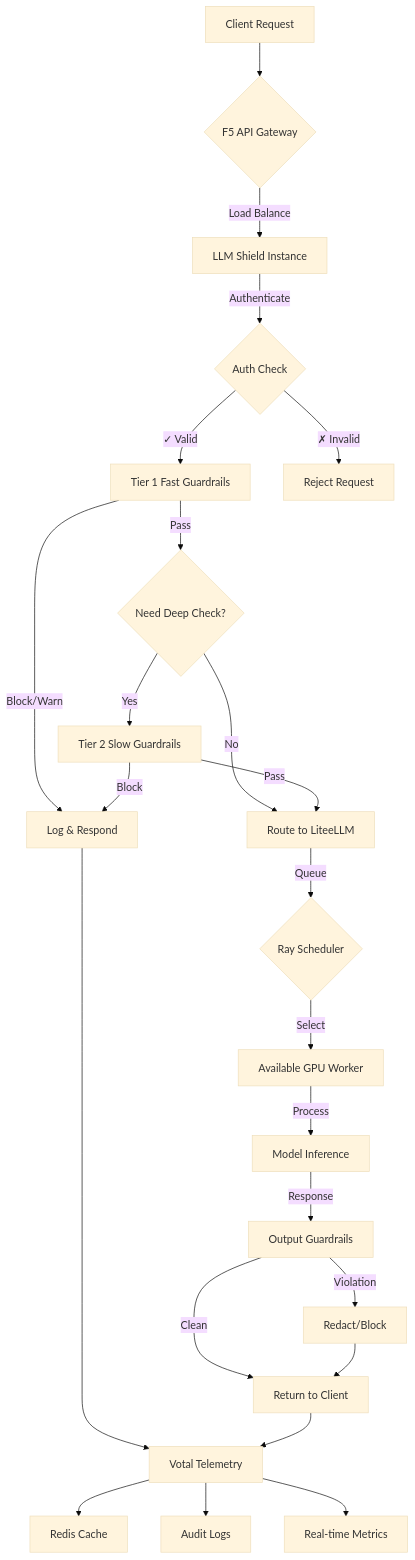
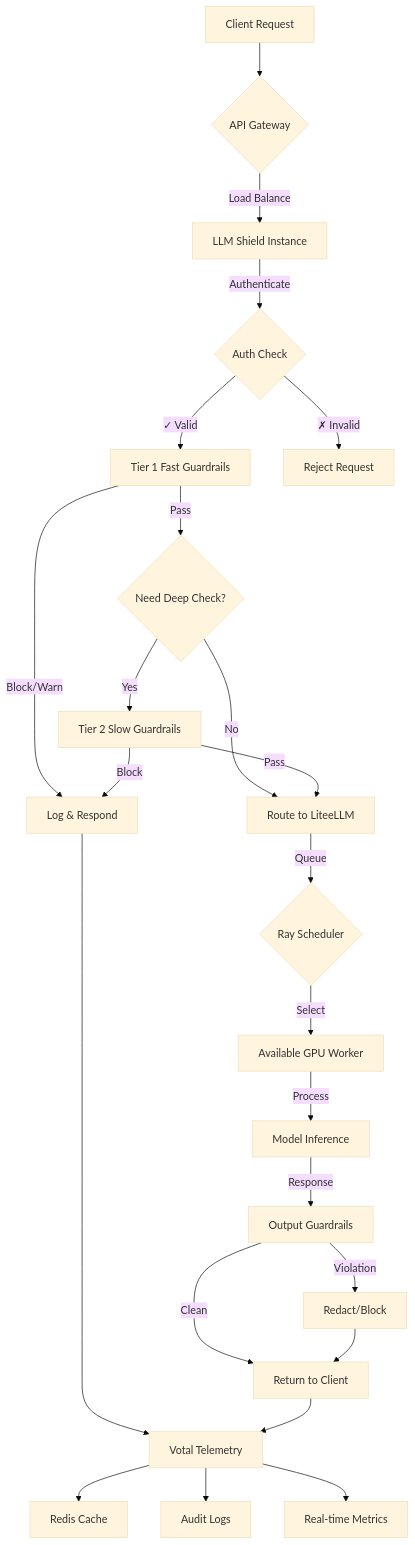
Before and after one commit to sundi133/llm-shield: the diagram in docs/on-premises-deployment-guide.md, drawn with Mermaid (base theme). The commit also changed other lines of this file, not shown here.

First line of the commit message:
Drop F5 vendor name from API gateway diagrams

````diff
--- a/docs/on-premises-deployment-guide.md
+++ b/docs/on-premises-deployment-guide.md
@@ -270,32 +270,32 @@
 ```mermaid
 graph TD
-    A[Client Request] --> B{F5 API Gateway}
+    A[Client Request] --> B{API Gateway}
     B -->|Load Balance| C[LLM Shield Instance]
     C -->|Authenticate| D{Auth Check}
     D -->|✓ Valid| E[Tier 1 Fast Guardrails]
     D -->|✗ Invalid| Z[Reject Request]
     
     E -->|Pass| F{Need Deep Check?}
     E -->|Block/Warn| G[Log & Respond]
     
     F -->|Yes| H[Tier 2 Slow Guardrails]
     F -->|No| I[Route to LiteeLLM]
     
     H -->|Pass| I
     H -->|Block| G
     
     I -->|Queue| J{Ray Scheduler}
     J -->|Select| K[Available GPU Worker]
     K -->|Process| L[Model Inference]
     L -->|Response| M[Output Guardrails]
     
     M -->|Clean| N[Return to Client]
     M -->|Violation| O[Redact/Block]
     O --> N
     
     G --> P[Votal Telemetry]
     N --> P
     P --> Q[Redis Cache]
     P --> R[Audit Logs]
     P --> S[Real-time Metrics]
 ```
````
